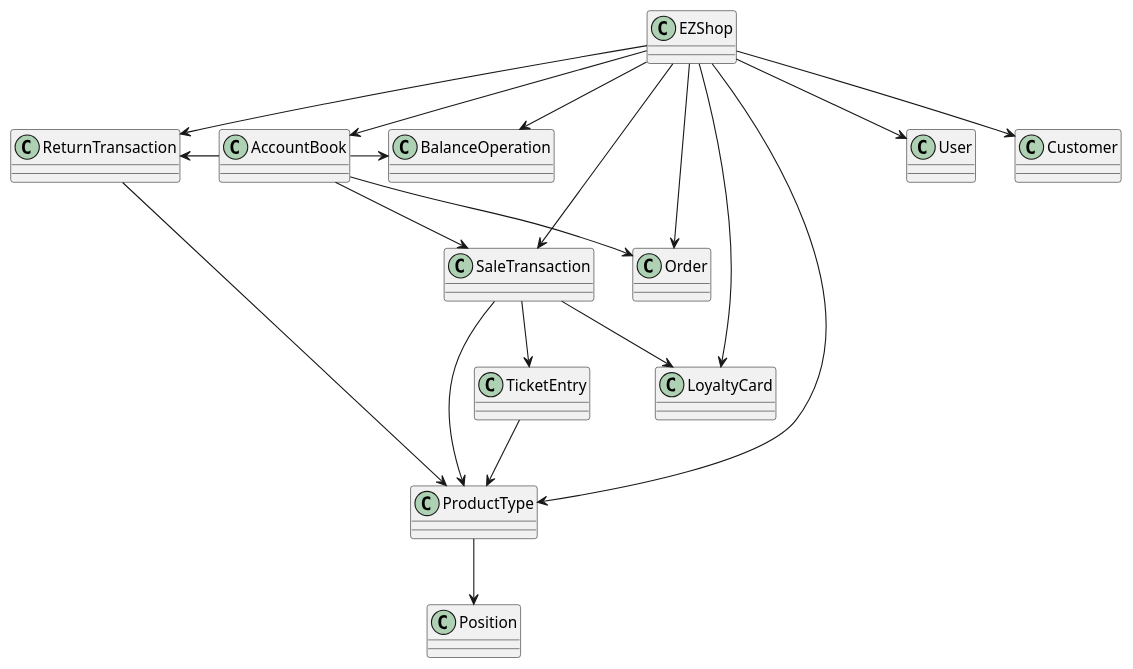
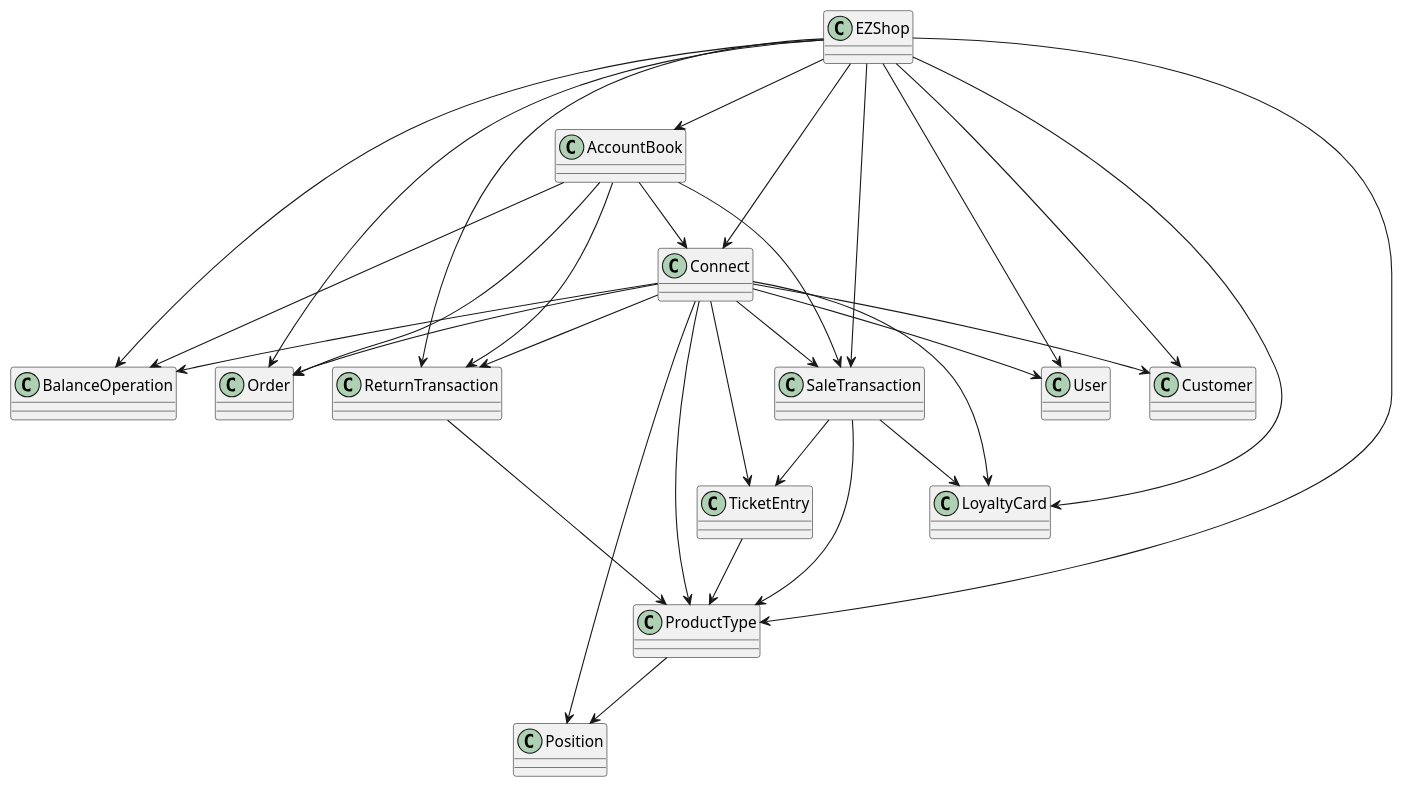
One commit to BMike10/EzShop changed the diagram in Deliverables/IntegrationAPITestReport.md. Above: the diagram before and after it, drawn with PlantUML. The commit also changed 5 other files, not shown here.

````diff
--- a/Deliverables/IntegrationAPITestReport.md
+++ b/Deliverables/IntegrationAPITestReport.md
@@ -27,41 +27,56 @@
 ```plantuml
 @startuml
 class EZShop{}
 class User{}
 class SaleTransaction {}
 class LoyaltyCard {}
 class Customer {}
+class Connect
 class AccountBook {}
 class BalanceOperation {}
 class ProductType{}
 class Position {}
 class Order {}
 class ReturnTransaction {}
 class TicketEntry {}
 EZShop --> User
 EZShop --> SaleTransaction
 EZShop --> ReturnTransaction
 EZShop --> ProductType
 EZShop --> AccountBook 
 EZShop --> LoyaltyCard 
 EZShop --> Customer 
 EZShop --> Order
 EZShop --> BalanceOperation
 
 ProductType --> Position
 
 SaleTransaction --> TicketEntry
 TicketEntry --> ProductType 
 
 AccountBook --> SaleTransaction
-ReturnTransaction <-AccountBook 
+ReturnTransaction <--AccountBook 
 AccountBook -> BalanceOperation
 AccountBook --> Order
 
 ReturnTransaction --> ProductType
 
 SaleTransaction --> LoyaltyCard
 
 SaleTransaction --> ProductType
+
+AccountBook --> Connect
+EZShop --> Connect
+
+Connect --> User
+Connect --> SaleTransaction
+Connect --> ReturnTransaction
+Connect --> ProductType
+Connect --> LoyaltyCard 
+Connect --> Customer 
+Connect --> Order
+Connect --> BalanceOperation
+Connect --> TicketEntry
+Connect --> Position
 @enduml
 ```
````
